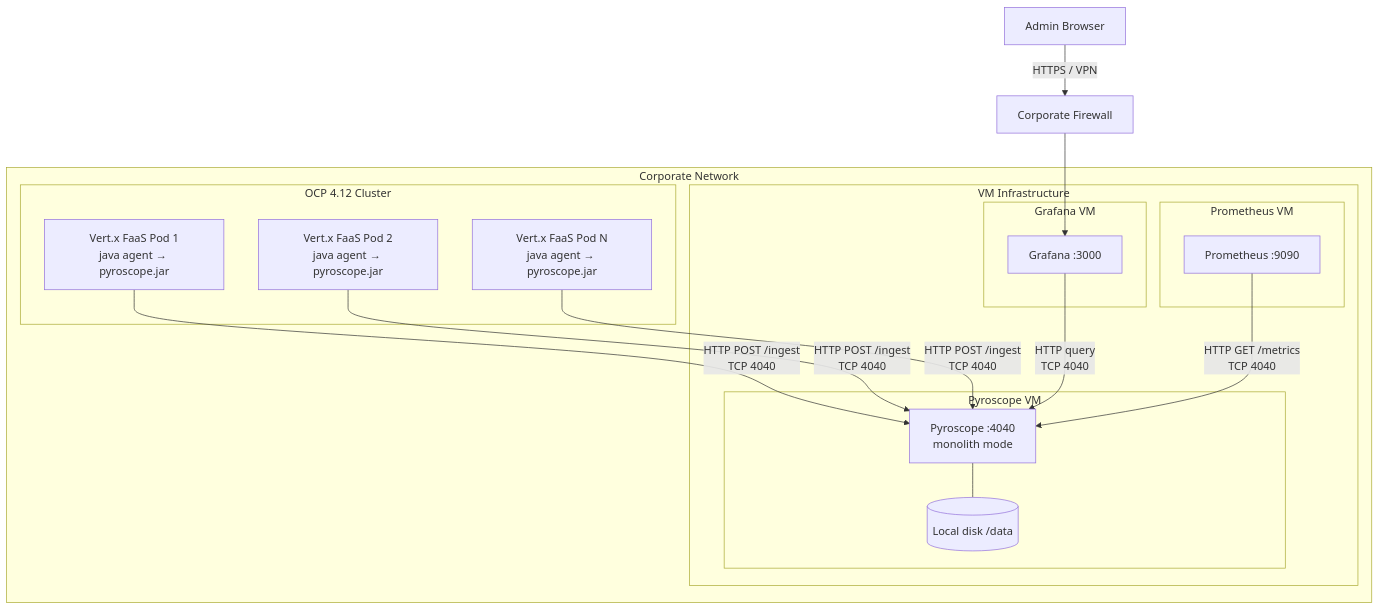
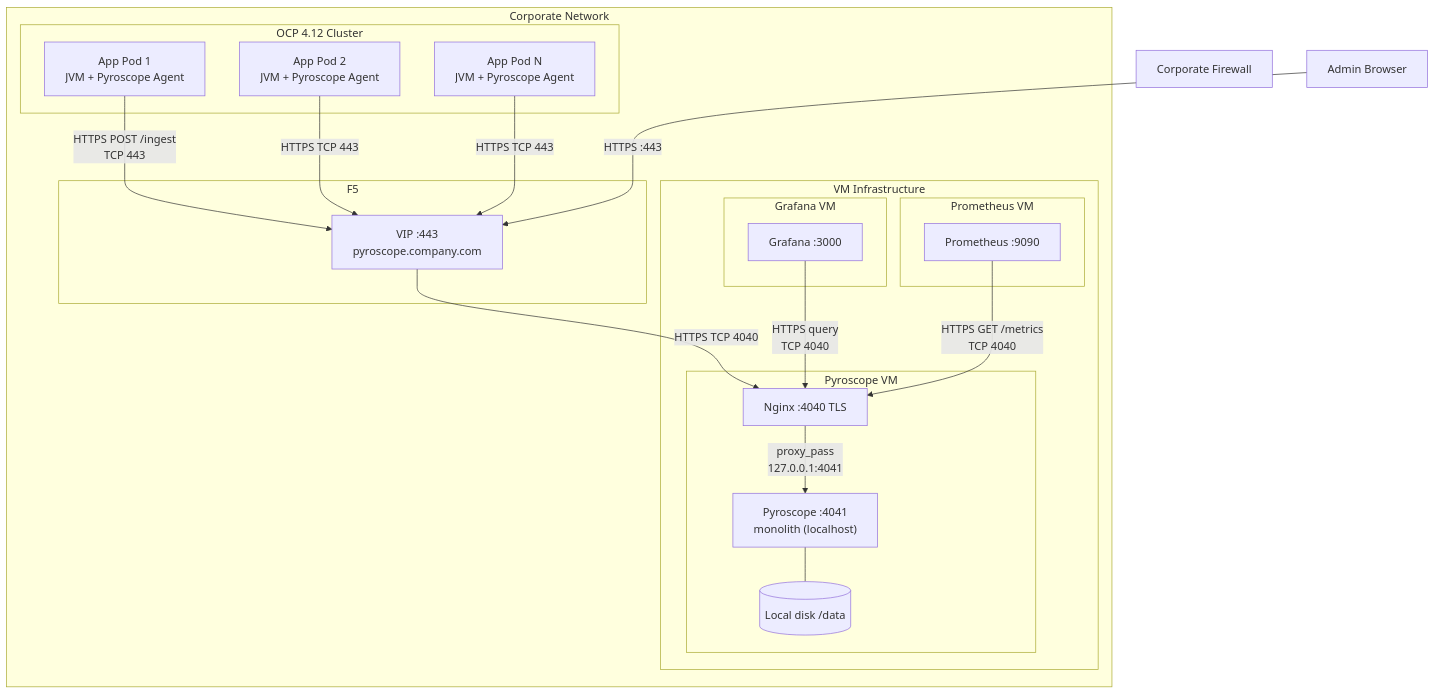
The sixth of 10 diagrams in docs/architecture.md (aff0gat000/pyroscope), drawn with Mermaid before and after one commit. The commit also changed other lines of this file and 9 other files, not shown here.

````diff
--- a/docs/architecture.md
+++ b/docs/architecture.md
@@ -325,39 +346,45 @@
 ```mermaid
 graph TB
     subgraph "Corporate Network"
         subgraph "OCP 4.12 Cluster"
-            FaaS1["Vert.x FaaS Pod 1<br/>java agent → pyroscope.jar"]
-            FaaS2["Vert.x FaaS Pod 2<br/>java agent → pyroscope.jar"]
-            FaaSN["Vert.x FaaS Pod N<br/>java agent → pyroscope.jar"]
+            FaaS1["App Pod 1<br/>JVM + Pyroscope Agent"]
+            FaaS2["App Pod 2<br/>JVM + Pyroscope Agent"]
+            FaaSN["App Pod N<br/>JVM + Pyroscope Agent"]
+        end
+
+        subgraph "F5"
+            VIP["VIP :443<br/>pyroscope.company.com"]
         end
 
         subgraph "VM Infrastructure"
             subgraph "Pyroscope VM"
-                Pyro["Pyroscope :4040<br/>monolith mode"]
+                Nginx["Nginx :4040 TLS"]
+                Pyro["Pyroscope :4041<br/>monolith (localhost)"]
                 Vol[("Local disk /data")]
+                Nginx -->|"proxy_pass<br/>127.0.0.1:4041"| Pyro
                 Pyro --- Vol
             end
 
             subgraph "Grafana VM"
                 Grafana["Grafana :3000"]
             end
 
             subgraph "Prometheus VM"
                 Prom["Prometheus :9090"]
             end
         end
 
-        FaaS1 -->|"HTTP POST /ingest<br/>TCP 4040"| Pyro
-        FaaS2 -->|"HTTP POST /ingest<br/>TCP 4040"| Pyro
-        FaaSN -->|"HTTP POST /ingest<br/>TCP 4040"| Pyro
+        FaaS1 -->|"HTTPS POST /ingest<br/>TCP 443"| VIP
+        FaaS2 -->|"HTTPS TCP 443"| VIP
+        FaaSN -->|"HTTPS TCP 443"| VIP
+        VIP -->|"HTTPS TCP 4040"| Nginx
 
-        Grafana -->|"HTTP query<br/>TCP 4040"| Pyro
-        Prom -->|"HTTP GET /metrics<br/>TCP 4040"| Pyro
+        Grafana -->|"HTTPS query<br/>TCP 4040"| Nginx
+        Prom -->|"HTTPS GET /metrics<br/>TCP 4040"| Nginx
     end
 
     Firewall["Corporate Firewall"]
     Admin["Admin Browser"]
 
-    Admin -->|"HTTPS / VPN"| Firewall
-    Firewall --> Grafana
+    Admin -->|"HTTPS :443"| VIP
 ```
````
